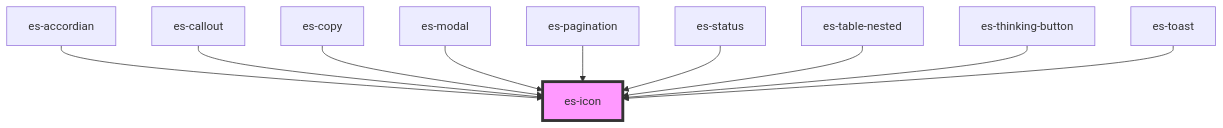
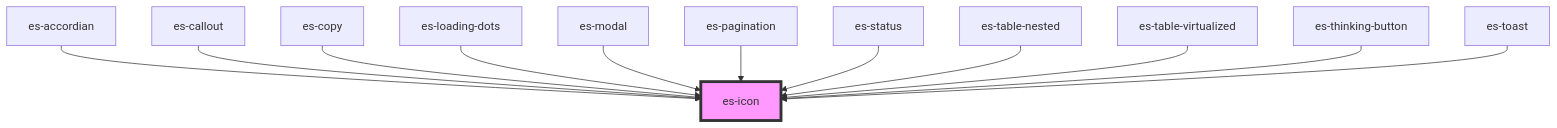
The diagram in packages/components/src/components/es-icon/readme.md (EventStore/Design-System), drawn with Mermaid before and after one commit. The commit also changed other lines of this file and 33 other files, not shown here.

Commit message:
Move tables into folder, add es-table-virtualized, es-loading-dots

````diff
--- a/packages/components/src/components/es-icon/readme.md
+++ b/packages/components/src/components/es-icon/readme.md
@@ -79,13 +81,15 @@
 ```mermaid
 graph TD;
   es-accordian --> es-icon
   es-callout --> es-icon
   es-copy --> es-icon
+  es-loading-dots --> es-icon
   es-modal --> es-icon
   es-pagination --> es-icon
   es-status --> es-icon
   es-table-nested --> es-icon
+  es-table-virtualized --> es-icon
   es-thinking-button --> es-icon
   es-toast --> es-icon
   style es-icon fill:#f9f,stroke:#333,stroke-width:4px
 ```
````
